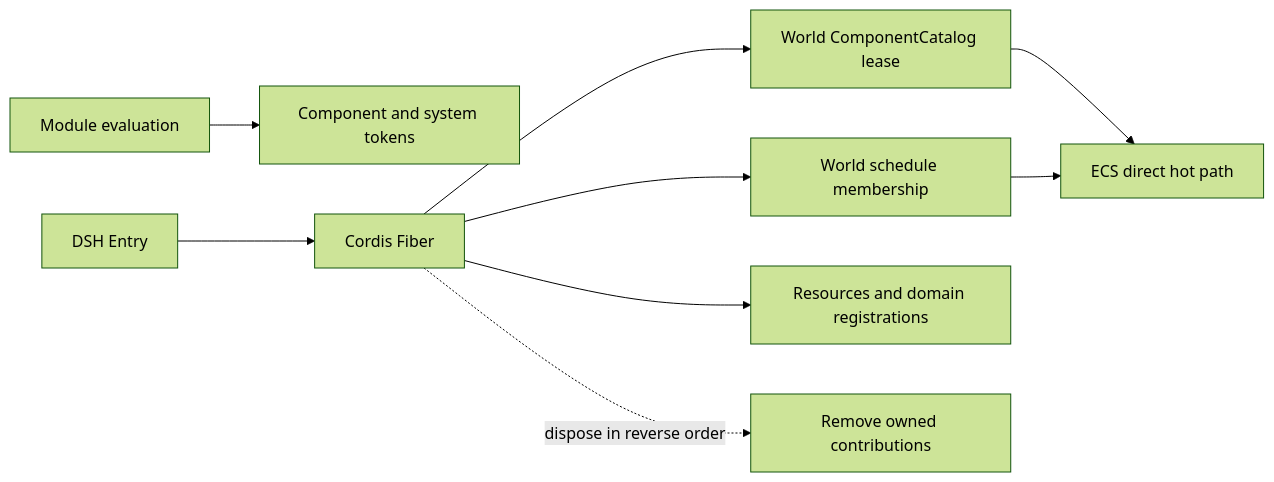
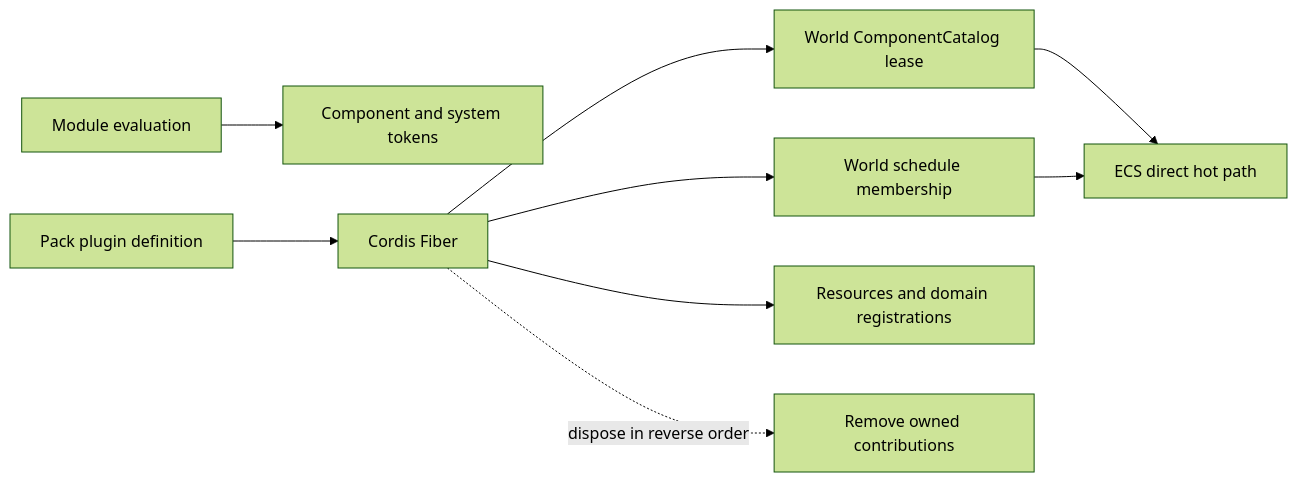
Before and after one commit to ForgeaX-Games/forgeax-editor: the diagram in packages/engine/packages/plugin/README.md, drawn with Mermaid (forest theme). The commit also changed other lines of this file and 7023 other files, not shown here.

````diff
--- a/packages/engine/packages/plugin/README.md
+++ b/packages/engine/packages/plugin/README.md
@@ -82,11 +153,11 @@
 ```mermaid
 flowchart LR
     Module["Module evaluation"] --> Tokens["Component and system tokens"]
-    Entry["DSH Entry"] --> Fiber["Cordis Fiber"]
+    Asset["Pack plugin definition"] --> Fiber["Cordis Fiber"]
     Fiber --> Catalog["World ComponentCatalog lease"]
     Fiber --> Schedule["World schedule membership"]
     Fiber --> Resources["Resources and domain registrations"]
     Catalog --> Hot["ECS direct hot path"]
     Schedule --> Hot
     Fiber -. "dispose in reverse order" .-> Undo["Remove owned contributions"]
 ```
````
